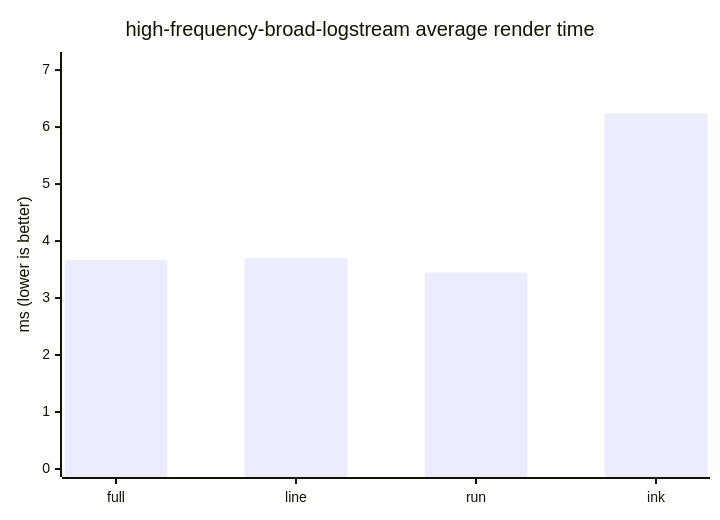
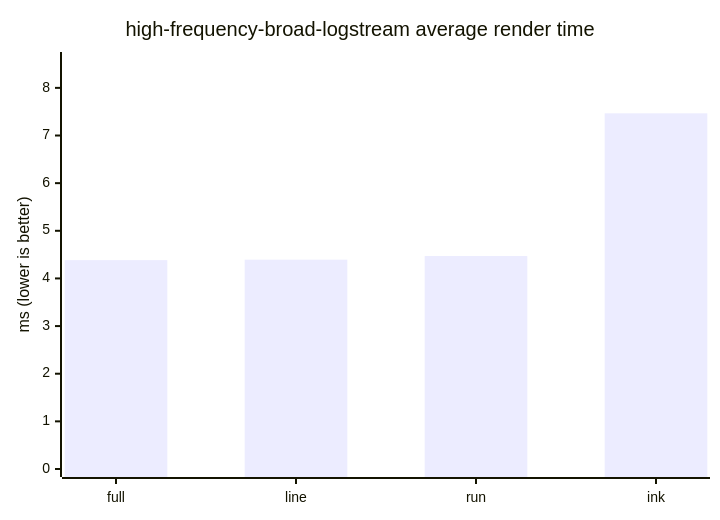
One commit to ByteLandTechnology/tinky changed the seventh of 10 diagrams in docs/benchmark.md. Above: the diagram before and after it, drawn with Mermaid. The commit also changed other lines of this file and 3 other files, not shown here.

````diff
--- a/docs/benchmark.md
+++ b/docs/benchmark.md
@@ -133,7 +133,7 @@
 ```mermaid
 xychart-beta
     title "high-frequency-broad-logstream average render time"
     x-axis ["full", "line", "run", "ink"]
-    y-axis "ms (lower is better)" 0 --> 7.177
-    bar [3.67, 3.7, 3.447, 6.241]
+    y-axis "ms (lower is better)" 0 --> 8.585
+    bar [4.384, 4.394, 4.47, 7.466]
 ```
````
